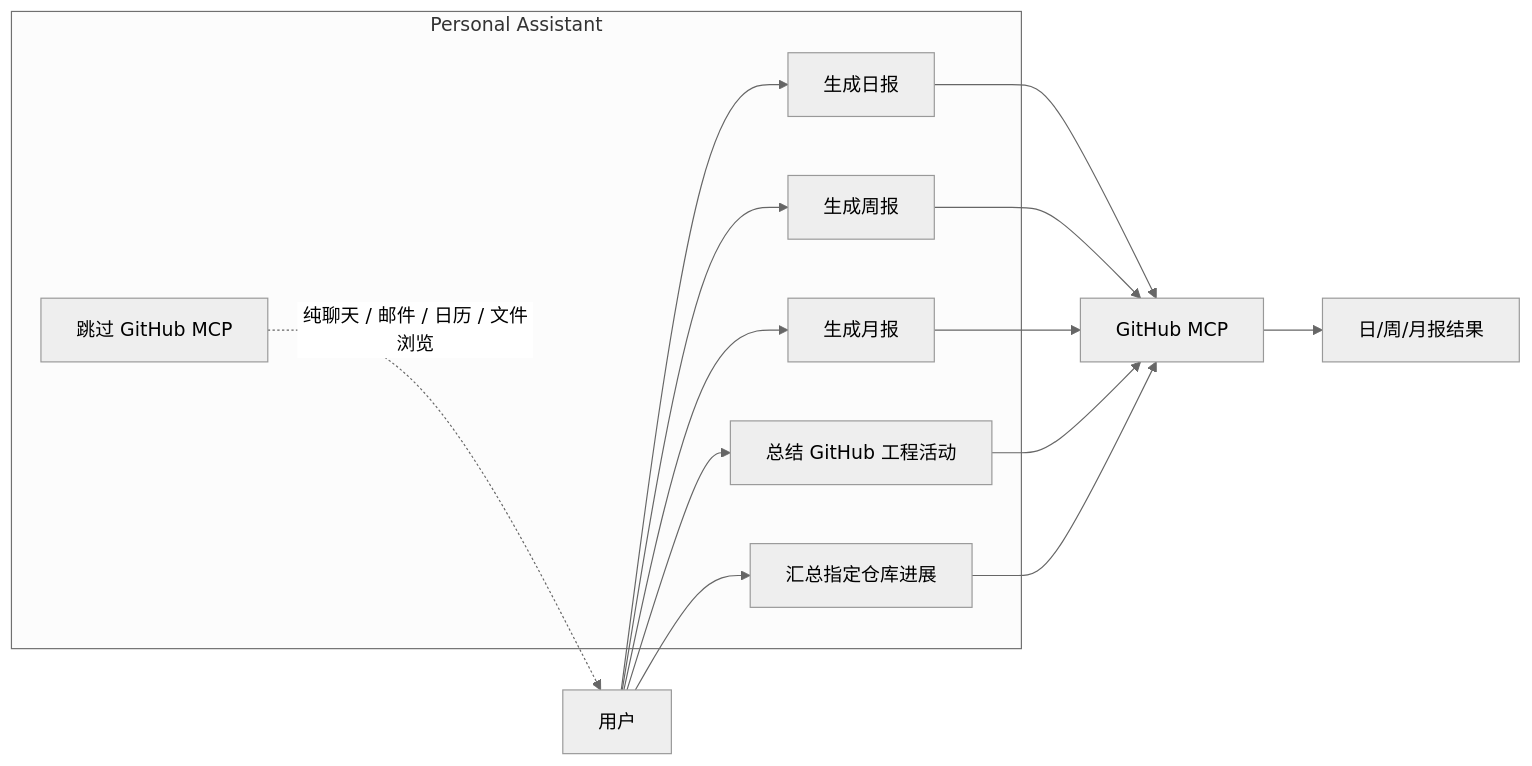
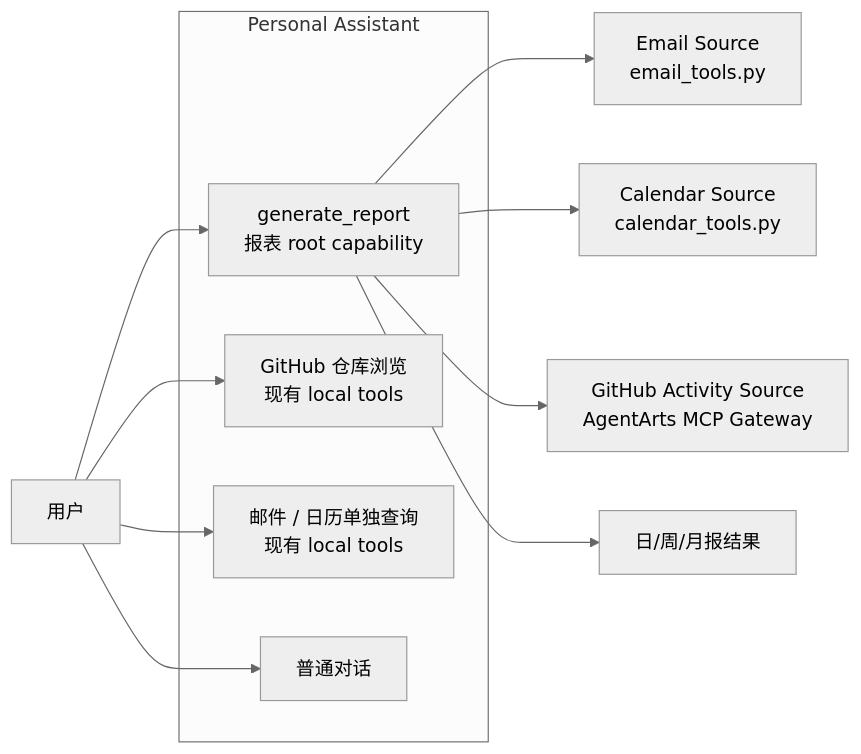
The first of 3 diagrams in personal-assistant-meta/issues/features/backlog/feature-17-github-mcp/plan.md (T-1009/personal-assistant), drawn with Mermaid (neutral theme) before and after one commit. The commit also changed other lines of this file, not shown here.

First line of the commit message:
docs: redefine feature-17 as Report root capability with GitHub MCP data source

````diff
--- a/personal-assistant-meta/issues/features/backlog/feature-17-github-mcp/plan.md
+++ b/personal-assistant-meta/issues/features/backlog/feature-17-github-mcp/plan.md
@@ -110,31 +144,26 @@
 ```mermaid
 flowchart LR
     User["用户"]
 
     subgraph Assistant["Personal Assistant"]
-        Daily["生成日报"]
-        Weekly["生成周报"]
-        Monthly["生成月报"]
-        DevSummary["总结 GitHub 工程活动"]
-        RepoSummary["汇总指定仓库进展"]
-        Skip["跳过 GitHub MCP"]
+        GenerateReport["generate_report<br/>报表 root capability"]
+        RepoBrowse["GitHub 仓库浏览<br/>现有 local tools"]
+        MailCalendar["邮件 / 日历单独查询<br/>现有 local tools"]
+        Chat["普通对话"]
     end
 
-    GitHubMCP["GitHub MCP"]
+    EmailSource["Email Source<br/>email_tools.py"]
+    CalendarSource["Calendar Source<br/>calendar_tools.py"]
+    GitHubMCP["GitHub Activity Source<br/>AgentArts MCP Gateway"]
     Report["日/周/月报结果"]
 
-    User --> Daily
-    User --> Weekly
-    User --> Monthly
-    User --> DevSummary
-    User --> RepoSummary
+    User --> GenerateReport
+    User --> RepoBrowse
+    User --> MailCalendar
+    User --> Chat
 
-    Daily --> GitHubMCP
-    Weekly --> GitHubMCP
-    Monthly --> GitHubMCP
-    DevSummary --> GitHubMCP
-    RepoSummary --> GitHubMCP
-
-    GitHubMCP --> Report
-    Skip -. "纯聊天 / 邮件 / 日历 / 文件浏览" .-> User
+    GenerateReport --> EmailSource
+    GenerateReport --> CalendarSource
+    GenerateReport --> GitHubMCP
+    GenerateReport --> Report
 ```
````
